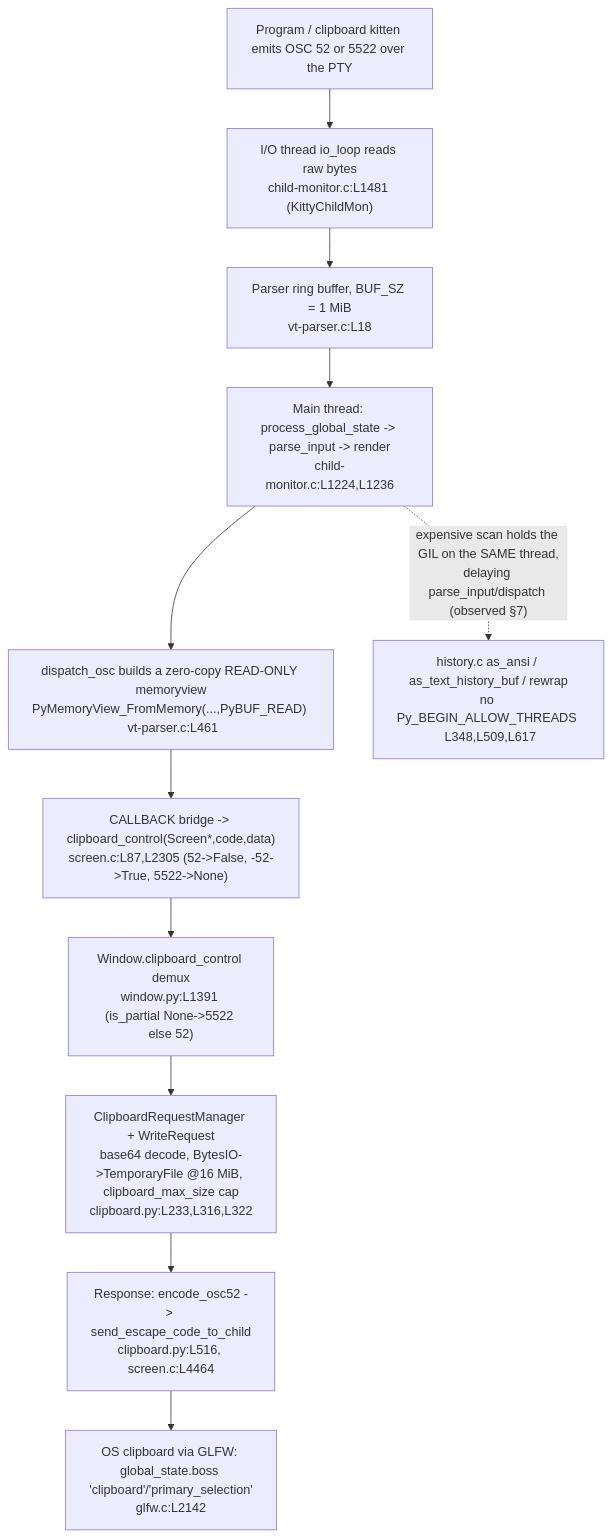
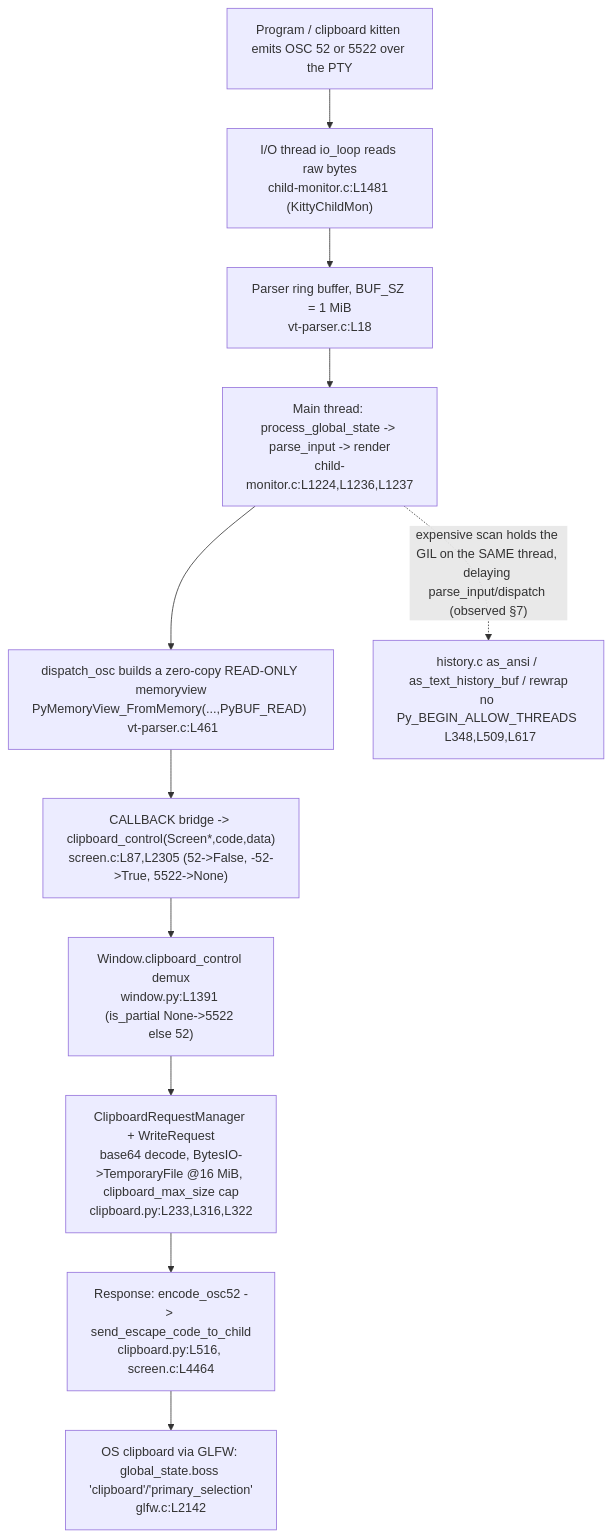
One commit to blitzy-research/kitty changed the diagram in blitzy/documentation/kitty_815df1e210e0.md. Above: the diagram before and after it, drawn with Mermaid. The commit also changed other lines of this file, not shown here.

````diff
--- a/blitzy/documentation/kitty_815df1e210e0.md
+++ b/blitzy/documentation/kitty_815df1e210e0.md
@@ -137,13 +183,13 @@
 ```mermaid
 graph TD
     A["Program / clipboard kitten emits OSC 52 or 5522 over the PTY"] --> B["I/O thread io_loop reads raw bytes<br/>child-monitor.c:L1481 (KittyChildMon)"]
     B --> C["Parser ring buffer, BUF_SZ = 1 MiB<br/>vt-parser.c:L18"]
-    C --> D["Main thread: process_global_state -> parse_input -> render<br/>child-monitor.c:L1224,L1236"]
+    C --> D["Main thread: process_global_state -> parse_input -> render<br/>child-monitor.c:L1224,L1236,L1237"]
     D --> E["dispatch_osc builds a zero-copy READ-ONLY memoryview<br/>PyMemoryView_FromMemory(...,PyBUF_READ)  vt-parser.c:L461"]
     E --> F["CALLBACK bridge -> clipboard_control(Screen*,code,data)<br/>screen.c:L87,L2305 (52->False, -52->True, 5522->None)"]
     F --> G["Window.clipboard_control demux<br/>window.py:L1391 (is_partial None->5522 else 52)"]
     G --> H["ClipboardRequestManager + WriteRequest<br/>base64 decode, BytesIO->TemporaryFile @16 MiB, clipboard_max_size cap<br/>clipboard.py:L233,L316,L322"]
     H --> I["Response: encode_osc52 -> send_escape_code_to_child<br/>clipboard.py:L516, screen.c:L4464"]
     I --> J["OS clipboard via GLFW: global_state.boss 'clipboard'/'primary_selection'<br/>glfw.c:L2142"]
-    D -. "expensive scan holds the GIL on the SAME thread,<br/>delaying parse_input/dispatch (observed §7)" .-> K["history.c as_ansi / as_text_history_buf / rewrap<br/>no Py_BEGIN_ALLOW_THREADS  L348,L509,L617"]
+    D -.->|"expensive scan holds the GIL on the SAME thread, delaying parse_input/dispatch (observed §7)"| K["history.c as_ansi / as_text_history_buf / rewrap<br/>no Py_BEGIN_ALLOW_THREADS  L348,L509,L617"]
 ```
````
